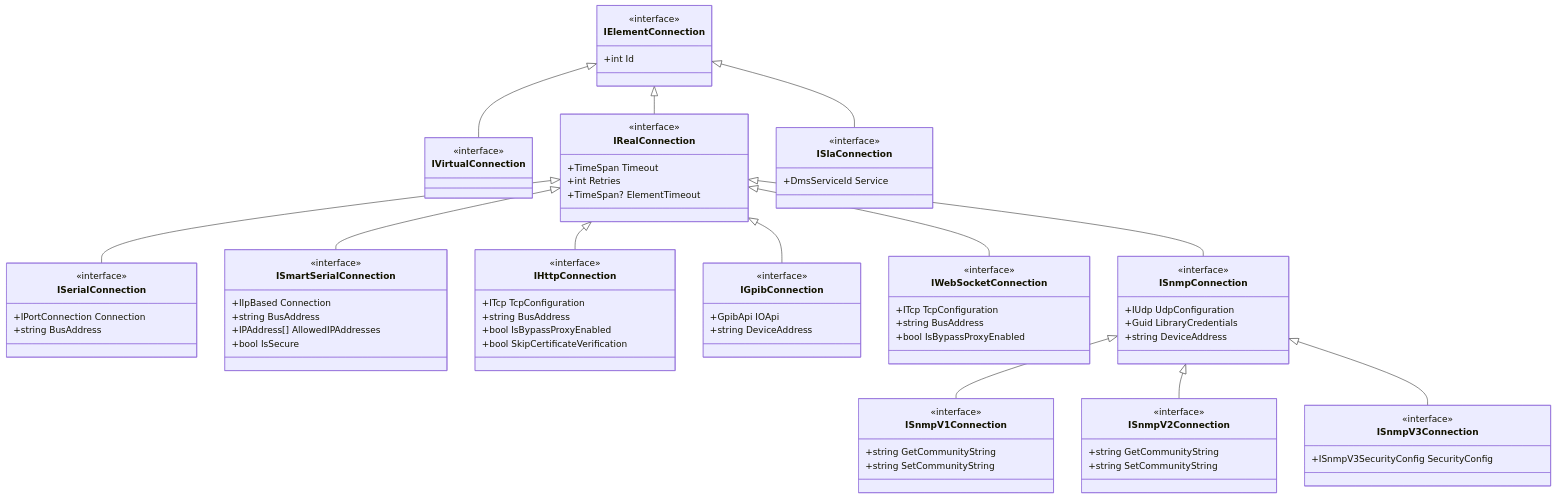
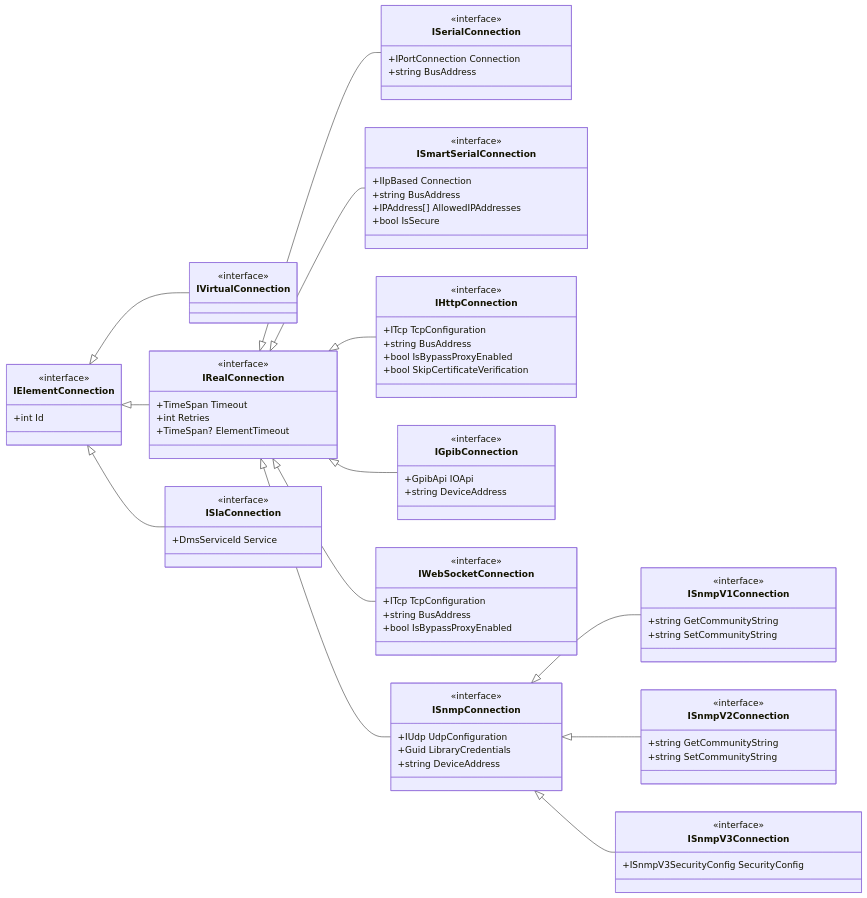
One commit to SkylineCommunications/dataminer-docs changed the diagram in develop/devguide/ClassLibrary/ClassLibraryElementCreation.md. Above: the diagram before and after it, drawn with Mermaid. The commit also changed other lines of this file and 3 other files, not shown here.

````diff
--- a/develop/devguide/ClassLibrary/ClassLibraryElementCreation.md
+++ b/develop/devguide/ClassLibrary/ClassLibraryElementCreation.md
@@ -69,6 +72,6 @@
 ```mermaid
 classDiagram
-    direction TB
+    direction LR
 
     class IElementConnection {
         <<interface>>
@@ -154,12 +157,12 @@
         +ISnmpV3SecurityConfig SecurityConfig
     }
 
+    IRealConnection <|-- ISnmpConnection
     IRealConnection <|-- ISerialConnection
     IRealConnection <|-- ISmartSerialConnection
     IRealConnection <|-- IHttpConnection
+    IRealConnection <|-- IWebSocketConnection
     IRealConnection <|-- IGpibConnection
-    IRealConnection <|-- IWebSocketConnection
-    IRealConnection <|-- ISnmpConnection
 
     ISnmpConnection <|-- ISnmpV1Connection
     ISnmpConnection <|-- ISnmpV2Connection
````
